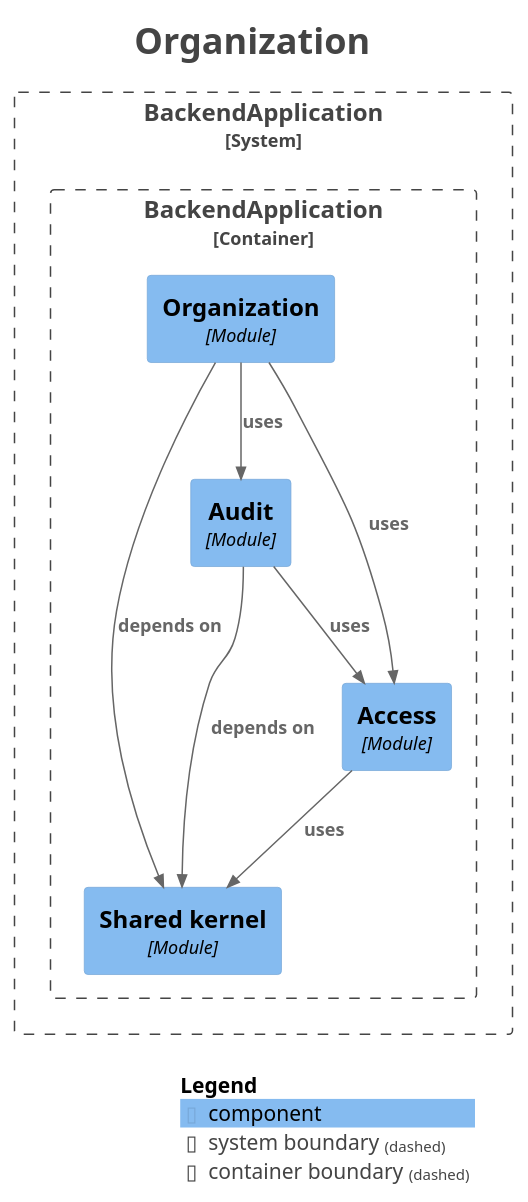
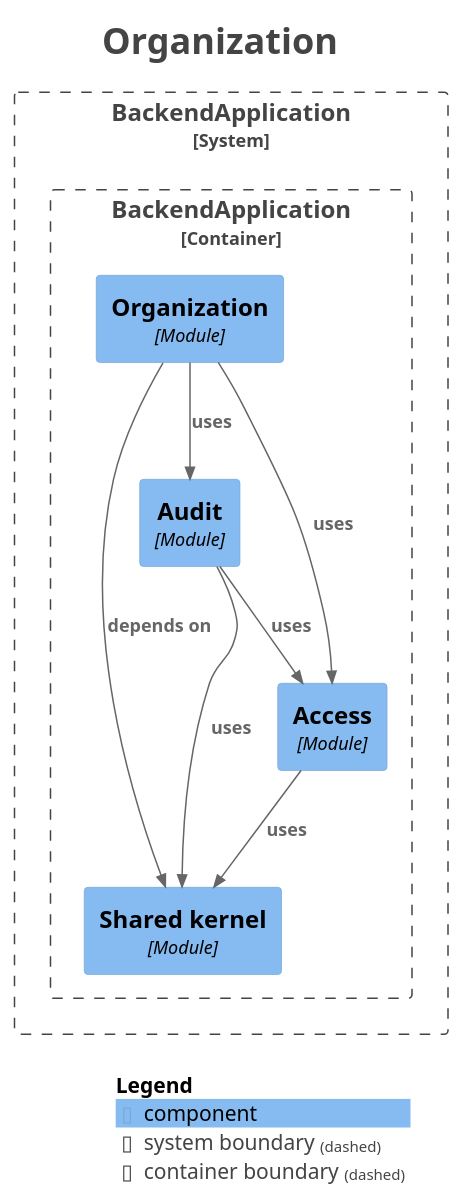
The diagram in docs/architecture/modules/module-organization.puml (fxavier/restaurantePRO), drawn with PlantUML before and after one commit. The commit also changed 23 other files, not shown here.

```diff
--- a/docs/architecture/modules/module-organization.puml
+++ b/docs/architecture/modules/module-organization.puml
@@ -1,37 +1,37 @@
 @startuml
 title <size:24>Organization</size>
 
 set separator none
 top to bottom direction
 
 <style>
   root {
     BackgroundColor: #ffffff
     FontColor: #444444
   }
 </style>
 
 !include <C4/C4>
 !include <C4/C4_Context>
 !include <C4/C4_Component>
 
 System_Boundary("BackendApplication_boundary", "BackendApplication", $tags="") {
   Container_Boundary("BackendApplication.BackendApplication_boundary", "BackendApplication", $tags="") {
     Component(BackendApplication.BackendApplication.Sharedkernel, "Shared kernel", $techn="Module", $descr="", $tags="", $link="")
     Component(BackendApplication.BackendApplication.Access, "Access", $techn="Module", $descr="", $tags="", $link="")
     Component(BackendApplication.BackendApplication.Audit, "Audit", $techn="Module", $descr="", $tags="", $link="")
     Component(BackendApplication.BackendApplication.Organization, "Organization", $techn="Module", $descr="", $tags="", $link="")
   }
 
 }
 
-Rel(BackendApplication.BackendApplication.Audit, BackendApplication.BackendApplication.Access, "uses", $techn="", $tags="", $link="")
 Rel(BackendApplication.BackendApplication.Organization, BackendApplication.BackendApplication.Sharedkernel, "depends on", $techn="", $tags="", $link="")
 Rel(BackendApplication.BackendApplication.Organization, BackendApplication.BackendApplication.Audit, "uses", $techn="", $tags="", $link="")
 Rel(BackendApplication.BackendApplication.Organization, BackendApplication.BackendApplication.Access, "uses", $techn="", $tags="", $link="")
+Rel(BackendApplication.BackendApplication.Audit, BackendApplication.BackendApplication.Access, "uses", $techn="", $tags="", $link="")
+Rel(BackendApplication.BackendApplication.Audit, BackendApplication.BackendApplication.Sharedkernel, "uses", $techn="", $tags="", $link="")
 Rel(BackendApplication.BackendApplication.Access, BackendApplication.BackendApplication.Sharedkernel, "uses", $techn="", $tags="", $link="")
-Rel(BackendApplication.BackendApplication.Audit, BackendApplication.BackendApplication.Sharedkernel, "depends on", $techn="", $tags="", $link="")
 
 SHOW_LEGEND(true)
 hide stereotypes
 @enduml
```
